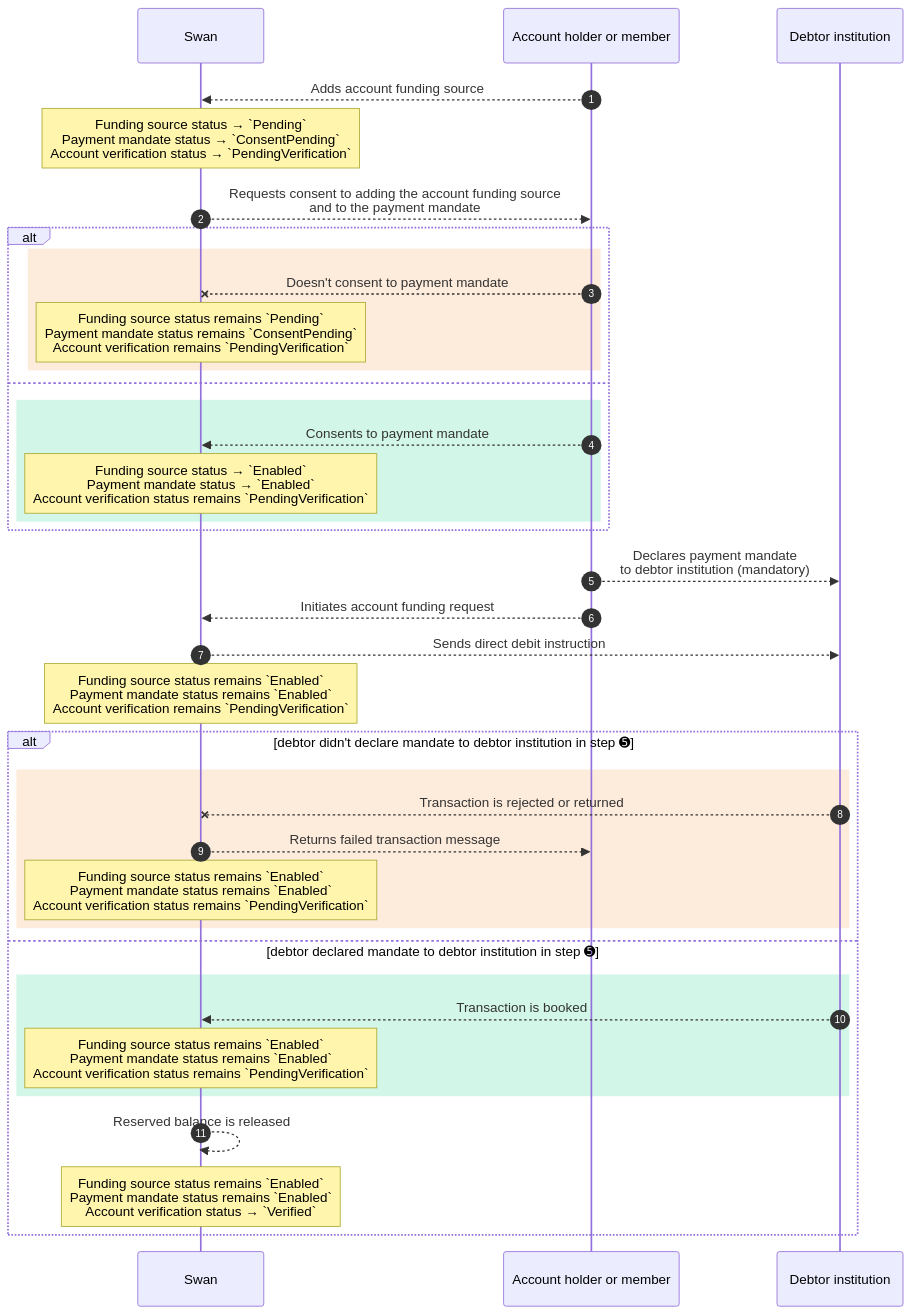
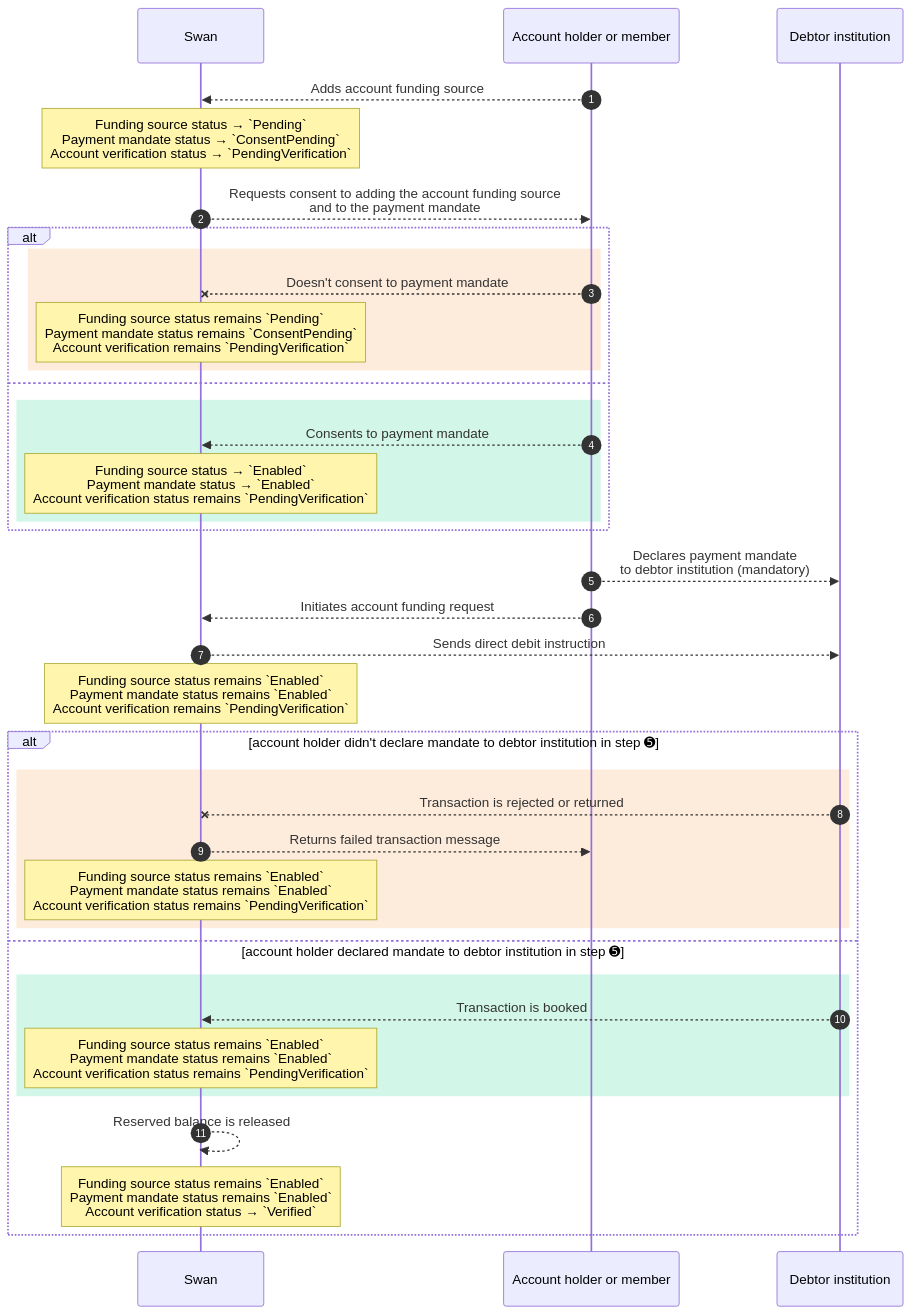
Before and after one commit to swan-io/docs: the diagram in docs/accounts/concepts/funding/status-interaction.mdx, drawn with Mermaid. The commit also changed 10 other files, not shown here.

````diff
--- a/docs/accounts/concepts/funding/status-interaction.mdx
+++ b/docs/accounts/concepts/funding/status-interaction.mdx
@@ -22,39 +22,39 @@
 ```mermaid
 sequenceDiagram
     autonumber
     participant S as Swan
     participant A as Account holder or member
     participant D as Debtor institution
     A-->>S: Adds account funding source
     Note over S: Funding source status → `Pending`<br />Payment mandate status → `ConsentPending`<br />Account verification status → `PendingVerification`
     S-->>A: Requests consent to adding the account funding source<br />and to the payment mandate
     alt
     rect rgb(253, 235, 219)
     A--xS: Doesn't consent to payment mandate
     Note over S: Funding source status remains `Pending`<br />Payment mandate status remains `ConsentPending`<br />Account verification remains `PendingVerification`
     end
     else
     rect rgb(210 246 231)
     A-->>S: Consents to payment mandate
     Note over S: Funding source status → `Enabled`<br />Payment mandate status → `Enabled`<br />Account verification status remains `PendingVerification`
     end
     end
     A-->>D: Declares payment mandate<br />to debtor institution (mandatory)
     A-->>S: Initiates account funding request
     S-->>D: Sends direct debit instruction
     Note over S: Funding source status remains `Enabled`<br />Payment mandate status remains `Enabled`<br />Account verification remains `PendingVerification`
-    alt debtor didn't declare mandate to debtor institution in step ➎
+    alt account holder didn't declare mandate to debtor institution in step ➎
     rect rgb(253, 235, 219)
         D--xS: Transaction is rejected or returned
         S-->>A: Returns failed transaction message
         Note over S: Funding source status remains `Enabled`<br />Payment mandate status remains `Enabled`<br />Account verification status remains `PendingVerification`
     end
-    else debtor declared mandate to debtor institution in step ➎
+    else account holder declared mandate to debtor institution in step ➎
         rect rgb(210 246 231)
         D-->>S: Transaction is booked
         Note over S: Funding source status remains `Enabled`<br />Payment mandate status remains `Enabled`<br />Account verification status remains `PendingVerification`
         end
         S-->>S: Reserved balance is released
         Note over S: Funding source status remains `Enabled`<br />Payment mandate status remains `Enabled`<br />Account verification status → `Verified`
     end
 ```
````
